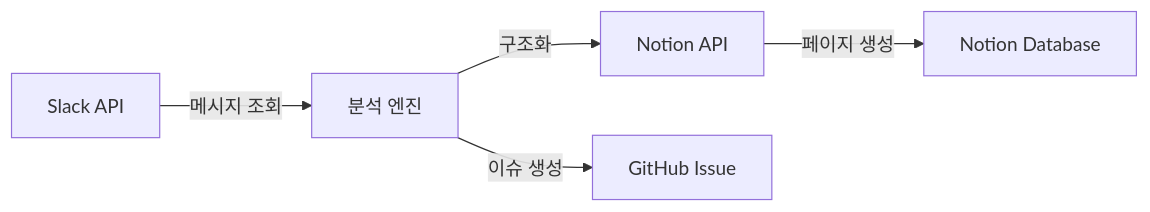
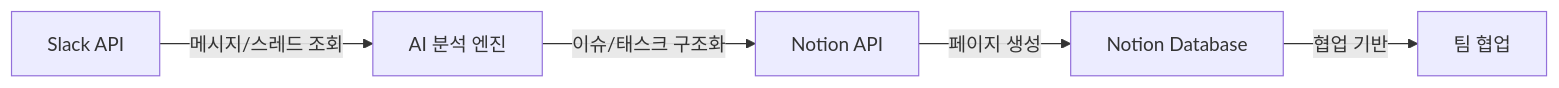
One commit to dykim-base-project/claude-slack-to-notion changed the diagram in README.md. Above: the diagram before and after it, drawn with Mermaid. The commit also changed other lines of this file and 2 other files, not shown here.

````diff
--- a/README.md
+++ b/README.md
@@ -80,7 +79,7 @@
 ```mermaid
 graph LR
-    A["Slack API"] -->|메시지 조회| B["분석 엔진"]
-    B -->|구조화| C["Notion API"]
+    A["Slack API"] -->|메시지/스레드 조회| B["AI 분석 엔진"]
+    B -->|이슈/태스크 구조화| C["Notion API"]
     C -->|페이지 생성| D["Notion Database"]
-    B -->|이슈 생성| E["GitHub Issue"]
+    D -->|협업 기반| E["팀 협업"]
 ```
````
